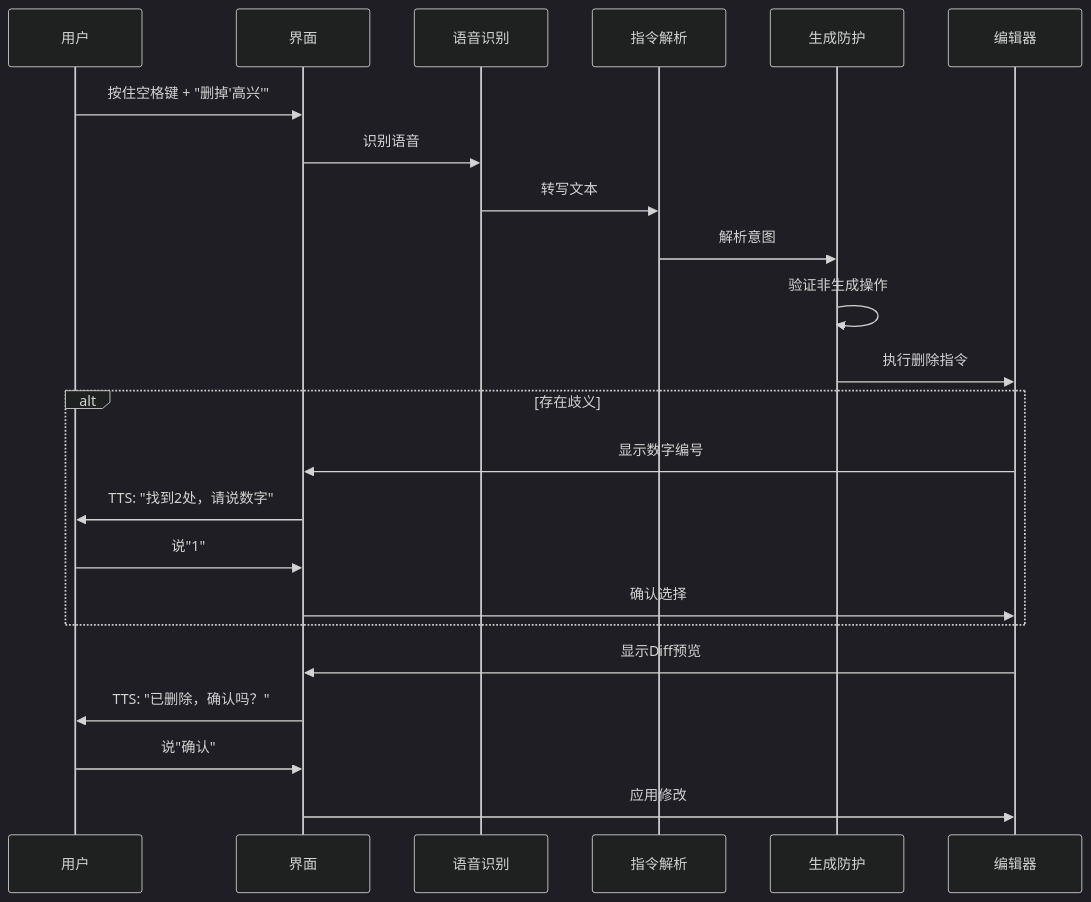
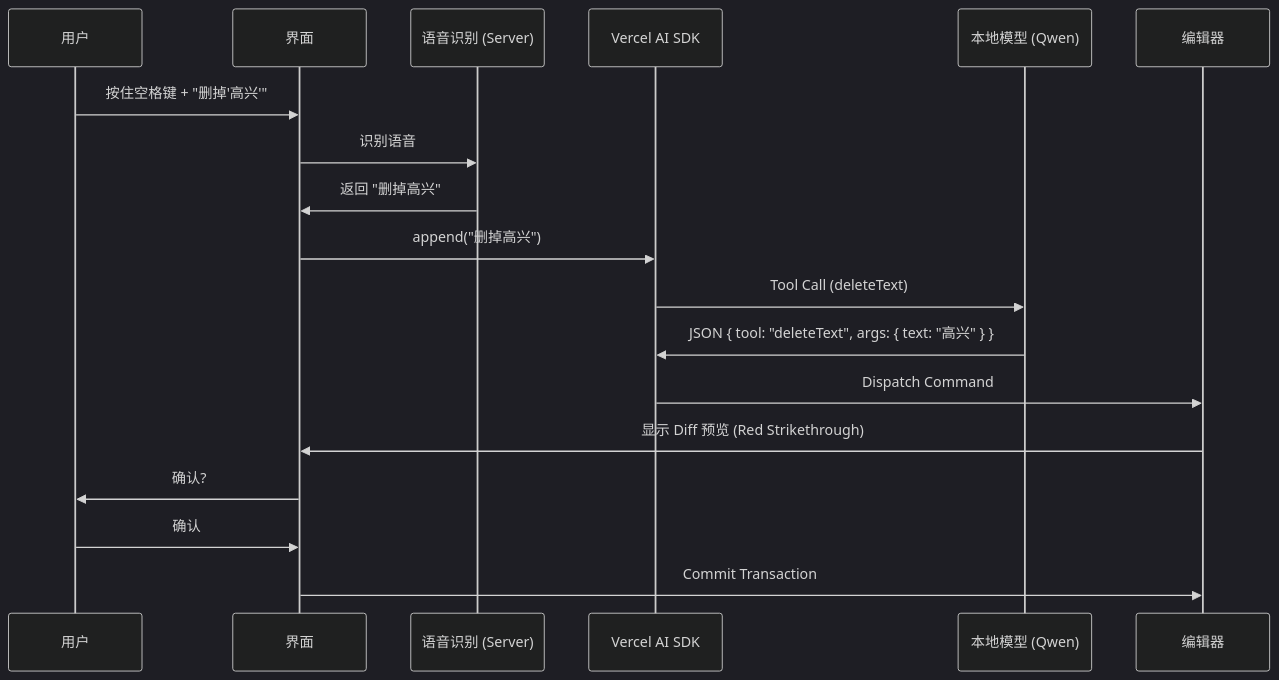
Before and after one commit to JAYotta/RocketWrite: the second of 2 diagrams in docs/agent/plan-overall.md, drawn with Mermaid (dark theme). The commit also changed other lines of this file and 9 other files, not shown here.

````diff
--- a/docs/agent/plan-overall.md
+++ b/docs/agent/plan-overall.md
@@ -269,28 +264,23 @@
 ```mermaid
 sequenceDiagram
     participant User as 用户
     participant UI as 界面
-    participant ASR as 语音识别
-    participant LLM as 指令解析
-    participant Guard as 生成防护
+    participant User as 用户
+    participant UI as 界面
+    participant ASR as 语音识别 (Server)
+    participant SDK as Vercel AI SDK
+    participant Ollama as 本地模型 (Qwen)
     participant Editor as 编辑器
 
     User->>UI: 按住空格键 + "删掉'高兴'"
     UI->>ASR: 识别语音
-    ASR->>LLM: 转写文本
-    LLM->>Guard: 解析意图
-    Guard->>Guard: 验证非生成操作
-    Guard->>Editor: 执行删除指令
-
-    alt 存在歧义
-        Editor->>UI: 显示数字编号
-        UI->>User: TTS: "找到2处，请说数字"
-        User->>UI: 说"1"
-        UI->>Editor: 确认选择
-    end
-
-    Editor->>UI: 显示Diff预览
-    UI->>User: TTS: "已删除，确认吗？"
-    User->>UI: 说"确认"
-    UI->>Editor: 应用修改
+    ASR->>UI: 返回 "删掉高兴"
+    UI->>SDK: append("删掉高兴")
+    SDK->>Ollama: Tool Call (deleteText)
+    Ollama->>SDK: JSON { tool: "deleteText", args: { text: "高兴" } }
+    SDK->>Editor: Dispatch Command
+    Editor->>UI: 显示 Diff 预览 (Red Strikethrough)
+    UI->>User: 确认?
+    User->>UI: 确认
+    UI->>Editor: Commit Transaction
 ```
````
